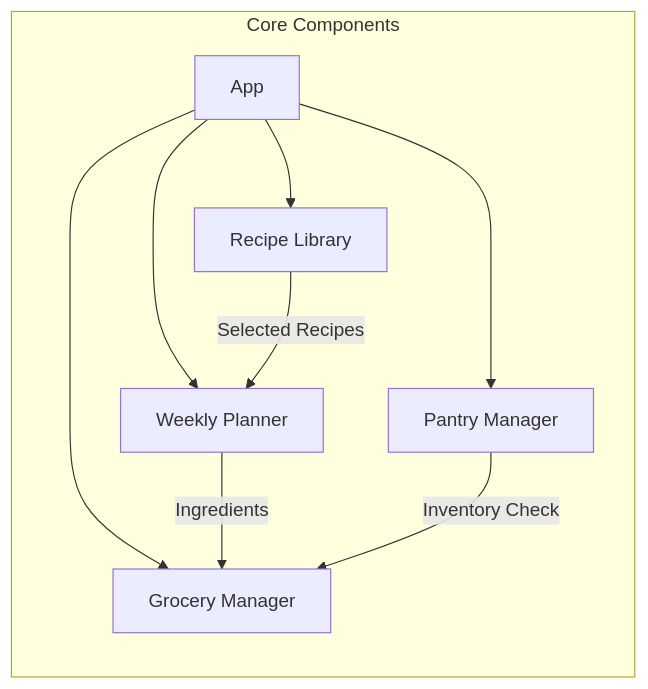
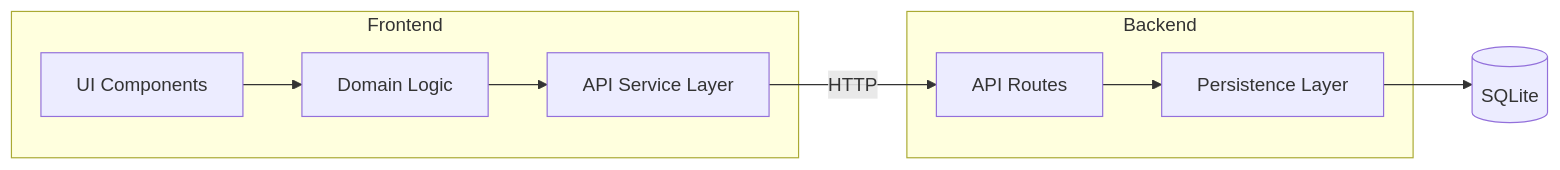
The second of 3 diagrams in docs/ARCHITECTURE.md (OmarIUBH/software-engineering-project), drawn with Mermaid before and after one commit. The commit also changed other lines of this file and 9 other files, not shown here.

Commit message:
Refine requirements, remove phase mentions, and update architecture for full-stack implementation

````diff
--- a/docs/ARCHITECTURE.md
+++ b/docs/ARCHITECTURE.md
@@ -24,13 +33,21 @@
 ```mermaid
 graph LR
-    subgraph "Core Components"
-    App --> RecipeLib[Recipe Library]
-    App --> Planner[Weekly Planner]
-    App --> Grocery[Grocery Manager]
-    App --> Pantry[Pantry Manager]
+    subgraph Frontend
+        UI[UI Components]
+        Domain[Domain Logic]
+        APIClient[API Service Layer]
     end
 
-    RecipeLib -->|Selected Recipes| Planner
-    Planner -->|Ingredients| Grocery
-    Pantry -->|Inventory Check| Grocery
+    subgraph Backend
+        Routes[API Routes]
+        DataLayer[Persistence Layer]
+    end
+
+    DB[(SQLite)]
+
+    UI --> Domain
+    Domain --> APIClient
+    APIClient -->|HTTP| Routes
+    Routes --> DataLayer
+    DataLayer --> DB
 ```
````
